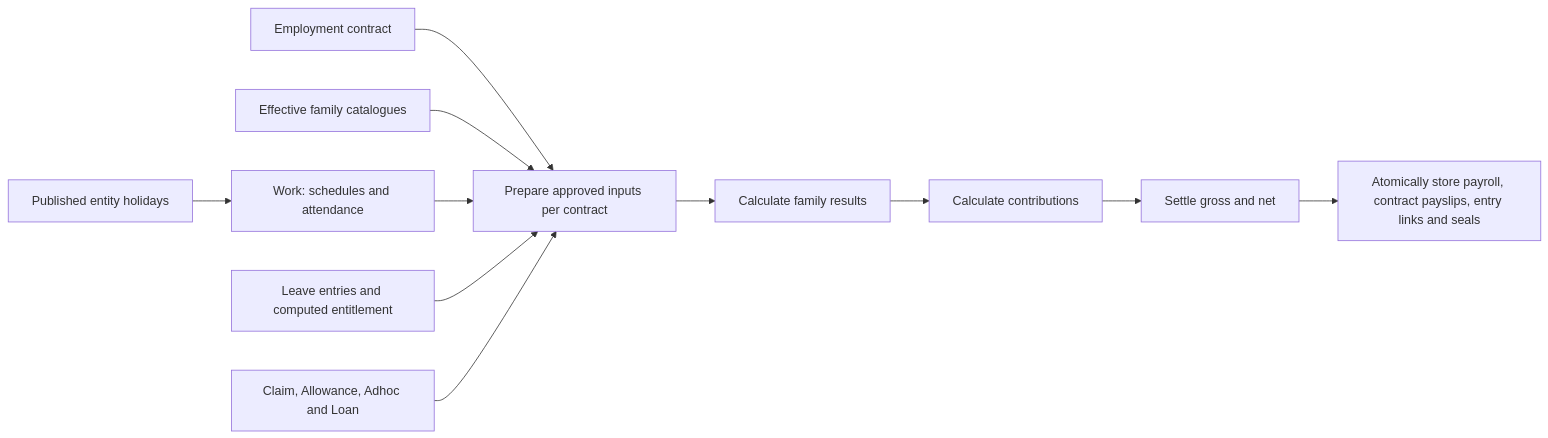
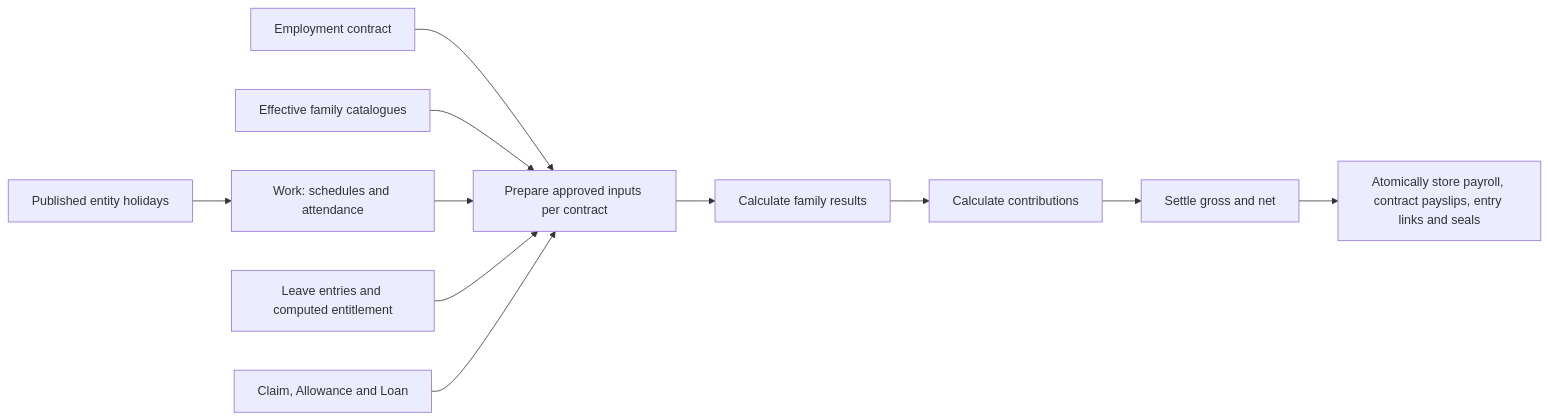
One commit to norbital-ai/templates changed the diagram in hr-payroll/README.md. Above: the diagram before and after it, drawn with Mermaid. The commit also changed other lines of this file and 599 other files, not shown here.

````diff
--- a/hr-payroll/README.md
+++ b/hr-payroll/README.md
@@ -21,13 +21,13 @@
 ```mermaid
 flowchart LR
     Contract[Employment contract] --> Prepare[Prepare approved inputs per contract]
     Catalog[Effective family catalogues] --> Prepare
     Holidays[Published entity holidays] --> Work[Work: schedules and attendance]
     Work --> Prepare
     Leave[Leave entries and computed entitlement] --> Prepare
-    Money[Claim, Allowance, Adhoc and Loan] --> Prepare
+    Money[Claim, Allowance and Loan] --> Prepare
     Prepare --> Calculate[Calculate family results]
     Calculate --> Contribution[Calculate contributions]
     Contribution --> Settle[Settle gross and net]
     Settle --> Commit[Atomically store payroll, contract payslips, entry links and seals]
 ```
````
